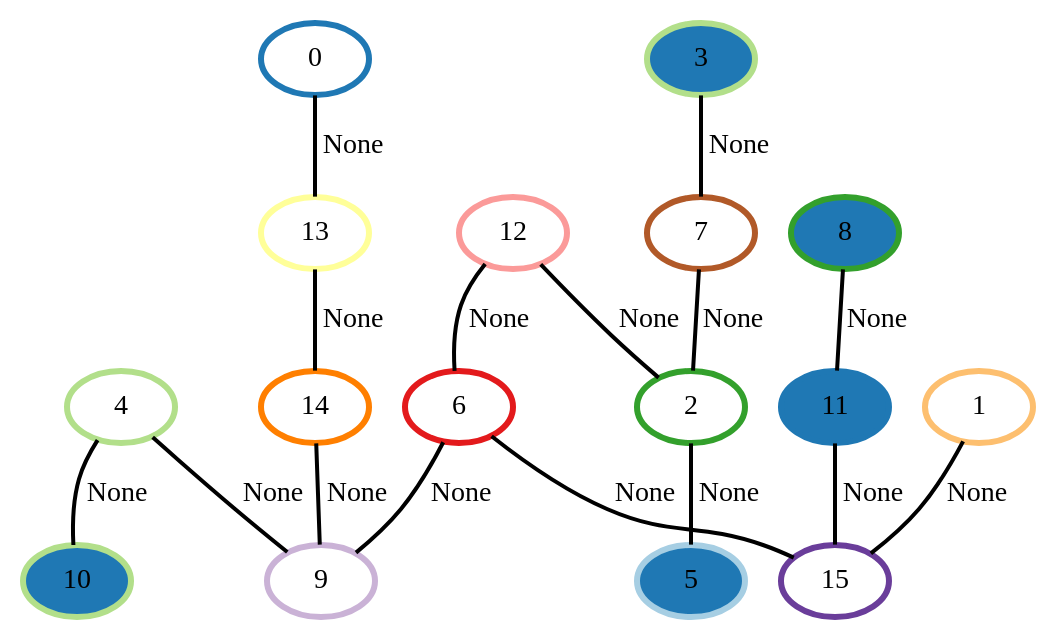
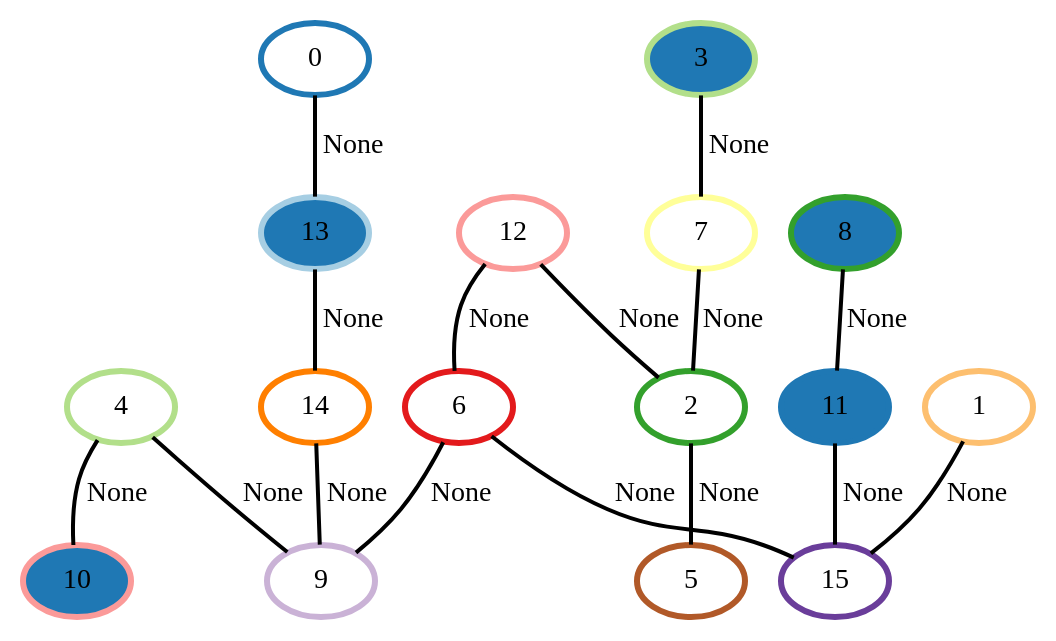
Before and after one commit to Alex314-dev/graphisomorphism: the diagram in Colored/colorref_smallexample_4_16-3.dot, drawn with Graphviz. The commit also changed 2 other files, not shown here.

```diff
--- a/Colored/colorref_smallexample_4_16-3.dot
+++ b/Colored/colorref_smallexample_4_16-3.dot
@@ -1,34 +1,34 @@
 graph G {
     0 [penwidth=3,label="0",color=2, colorscheme=paired12]
     1 [penwidth=3,label="1",color=7, colorscheme=paired12]
     2 [penwidth=3,label="2",color=4, colorscheme=paired12]
     3 [penwidth=3,label="3",color=3, colorscheme=paired12,style=filled,fillcolor=2]
     4 [penwidth=3,label="4",color=3, colorscheme=paired12]
-    5 [penwidth=3,label="5",color=1, colorscheme=paired12,style=filled,fillcolor=2]
+    5 [penwidth=3,label="5",color=12, colorscheme=paired12]
     6 [penwidth=3,label="6",color=6, colorscheme=paired12]
-    7 [penwidth=3,label="7",color=12, colorscheme=paired12]
+    7 [penwidth=3,label="7",color=11, colorscheme=paired12]
     8 [penwidth=3,label="8",color=4, colorscheme=paired12,style=filled,fillcolor=2]
     9 [penwidth=3,label="9",color=9, colorscheme=paired12]
-    10 [penwidth=3,label="10",color=3, colorscheme=paired12,style=filled,fillcolor=2]
+    10 [penwidth=3,label="10",color=5, colorscheme=paired12,style=filled,fillcolor=2]
     11 [penwidth=3,label="11",color=2, colorscheme=paired12,style=filled,fillcolor=2]
     12 [penwidth=3,label="12",color=5, colorscheme=paired12]
-    13 [penwidth=3,label="13",color=11, colorscheme=paired12]
+    13 [penwidth=3,label="13",color=1, colorscheme=paired12,style=filled,fillcolor=2]
     14 [penwidth=3,label="14",color=8, colorscheme=paired12]
     15 [penwidth=3,label="15",color=10, colorscheme=paired12]
 
     0--13 [penwidth=2,label="None"]
     1--15 [penwidth=2,label="None"]
     12--6 [penwidth=2,label="None"]
     2--5 [penwidth=2,label="None"]
     13--14 [penwidth=2,label="None"]
     3--7 [penwidth=2,label="None"]
     12--2 [penwidth=2,label="None"]
     14--9 [penwidth=2,label="None"]
     8--11 [penwidth=2,label="None"]
     6--9 [penwidth=2,label="None"]
     11--15 [penwidth=2,label="None"]
     4--10 [penwidth=2,label="None"]
     6--15 [penwidth=2,label="None"]
     4--9 [penwidth=2,label="None"]
     7--2 [penwidth=2,label="None"]
 }
```
